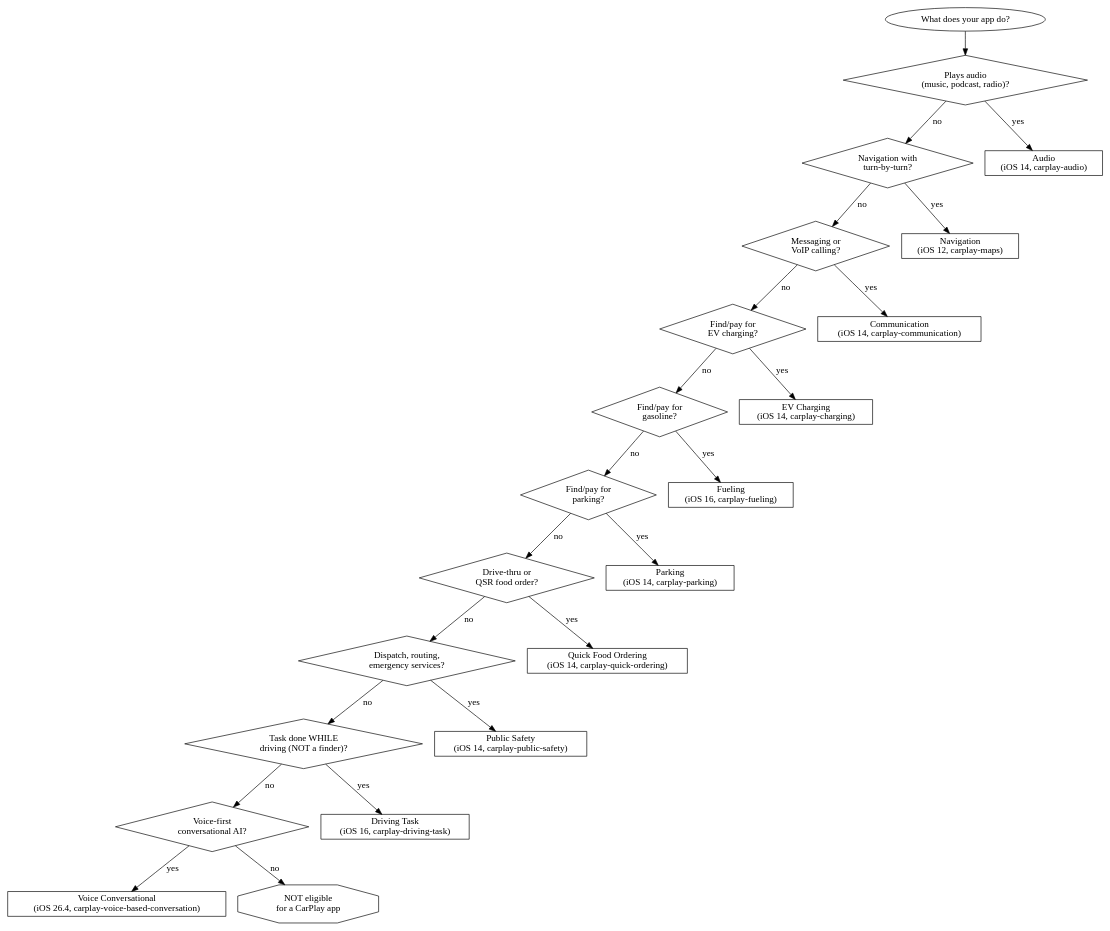
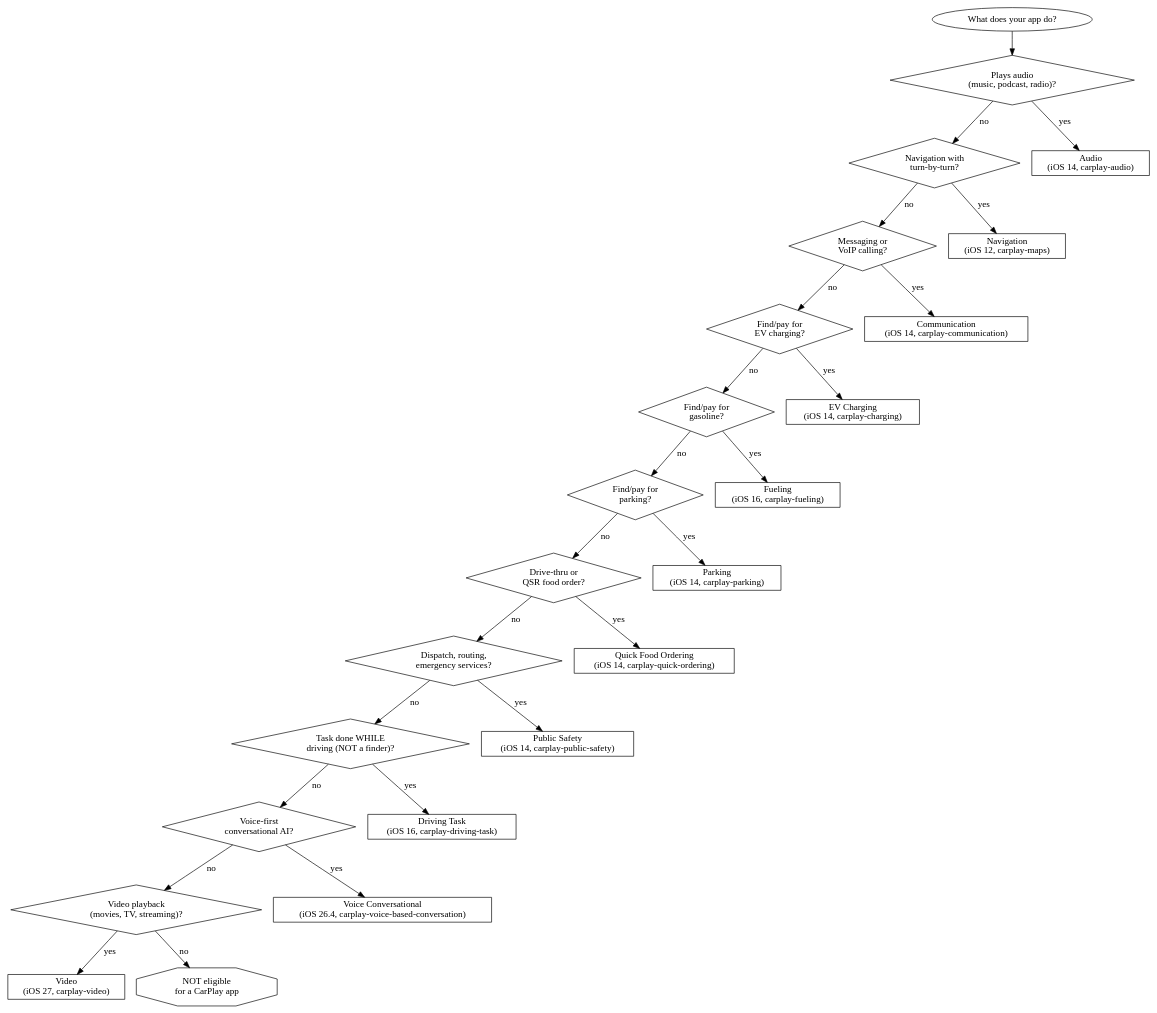
One commit to CharlesWiltgen/Axiom changed the diagram in axiom-codex/skills/axiom-media/skills/carplay-hig.md. Above: the diagram before and after it, drawn with Graphviz. The commit also changed other lines of this file and 81 other files, not shown here.

````diff
--- a/axiom-codex/skills/axiom-media/skills/carplay-hig.md
+++ b/axiom-codex/skills/axiom-media/skills/carplay-hig.md
@@ -89,49 +89,53 @@
 ```dot
 digraph carplay_category {
     start [shape=ellipse label="What does your app do?"];
     q1 [shape=diamond label="Plays audio\n(music, podcast, radio)?"];
     q2 [shape=diamond label="Navigation with\nturn-by-turn?"];
     q3 [shape=diamond label="Messaging or\nVoIP calling?"];
     q4 [shape=diamond label="Find/pay for\nEV charging?"];
     q5 [shape=diamond label="Find/pay for\ngasoline?"];
     q6 [shape=diamond label="Find/pay for\nparking?"];
     q7 [shape=diamond label="Drive-thru or\nQSR food order?"];
     q8 [shape=diamond label="Dispatch, routing,\nemergency services?"];
     q9 [shape=diamond label="Task done WHILE\ndriving (NOT a finder)?"];
     q10 [shape=diamond label="Voice-first\nconversational AI?"];
+    q11 [shape=diamond label="Video playback\n(movies, TV, streaming)?"];
 
     audio [shape=box label="Audio\n(iOS 14, carplay-audio)"];
     nav [shape=box label="Navigation\n(iOS 12, carplay-maps)"];
     comm [shape=box label="Communication\n(iOS 14, carplay-communication)"];
     ev [shape=box label="EV Charging\n(iOS 14, carplay-charging)"];
     fuel [shape=box label="Fueling\n(iOS 16, carplay-fueling)"];
     park [shape=box label="Parking\n(iOS 14, carplay-parking)"];
     qsr [shape=box label="Quick Food Ordering\n(iOS 14, carplay-quick-ordering)"];
     safety [shape=box label="Public Safety\n(iOS 14, carplay-public-safety)"];
     driving [shape=box label="Driving Task\n(iOS 16, carplay-driving-task)"];
     voice [shape=box label="Voice Conversational\n(iOS 26.4, carplay-voice-based-conversation)"];
+    video [shape=box label="Video\n(iOS 27, carplay-video)"];
     none [shape=octagon label="NOT eligible\nfor a CarPlay app"];
 
     start -> q1;
     q1 -> audio [label="yes"];
     q1 -> q2 [label="no"];
     q2 -> nav [label="yes"];
     q2 -> q3 [label="no"];
     q3 -> comm [label="yes"];
     q3 -> q4 [label="no"];
     q4 -> ev [label="yes"];
     q4 -> q5 [label="no"];
     q5 -> fuel [label="yes"];
     q5 -> q6 [label="no"];
     q6 -> park [label="yes"];
     q6 -> q7 [label="no"];
     q7 -> qsr [label="yes"];
     q7 -> q8 [label="no"];
     q8 -> safety [label="yes"];
     q8 -> q9 [label="no"];
     q9 -> driving [label="yes"];
     q9 -> q10 [label="no"];
     q10 -> voice [label="yes"];
-    q10 -> none [label="no"];
+    q10 -> q11 [label="no"];
+    q11 -> video [label="yes"];
+    q11 -> none [label="no"];
 }
 ```
````
